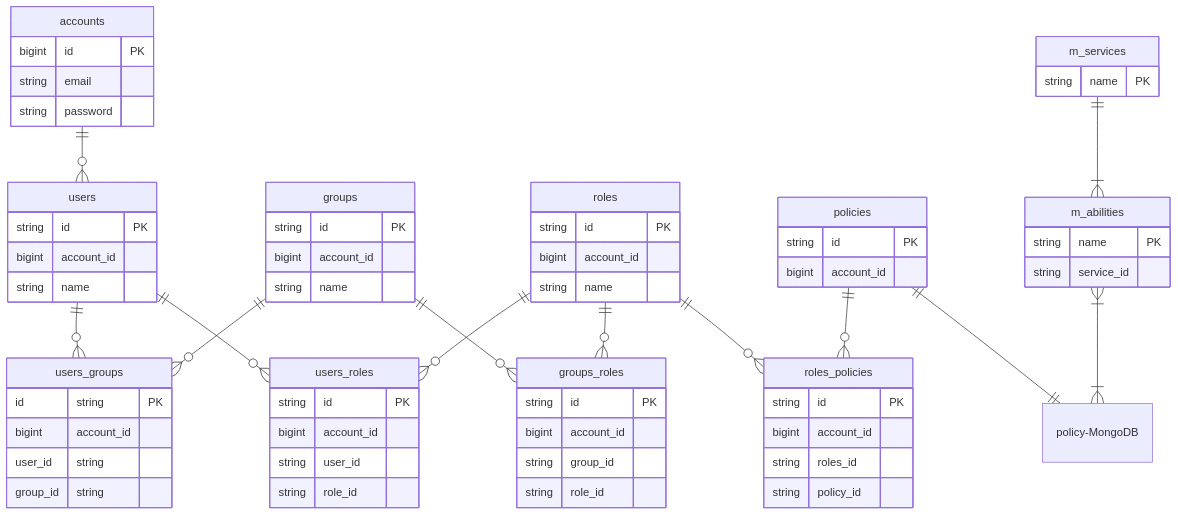
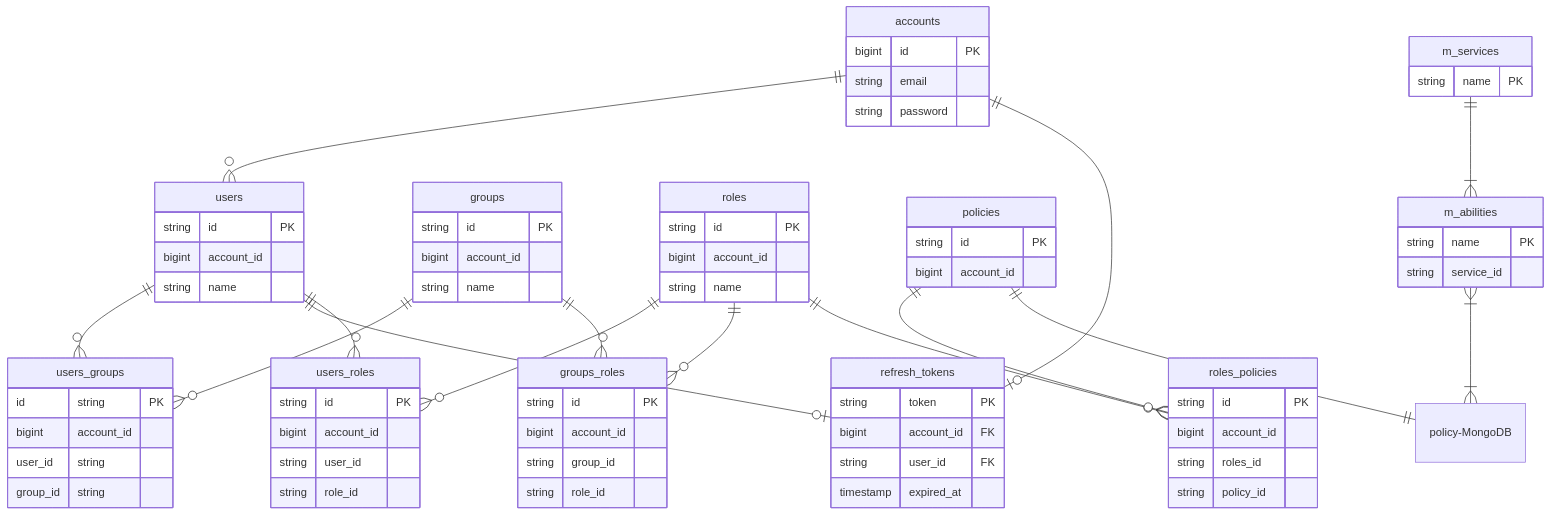
One commit to old-home/lcl changed the diagram in docs/er-diagram.md. Above: the diagram before and after it, drawn with Mermaid. The commit also changed 2 other files, not shown here.

Commit message:
docs: Add auth apis documentation.

```diff
--- a/docs/er-diagram.md
+++ b/docs/er-diagram.md
@@ -15,7 +15,14 @@
     bigint account_id
     string name
   }
-  
+
+  refresh_tokens {
+    string token PK
+    bigint account_id FK
+    string user_id FK
+    timestamp expired_at
+  }
+
   users_groups {
     id string PK
     bigint account_id
@@ -74,6 +81,8 @@
   
   accounts ||--o{ users : ""
   users ||--o{ users_groups : ""
+  accounts ||--o| refresh_tokens : ""
+  users ||--o| refresh_tokens: ""
   groups ||--o{ users_groups : ""
   users ||--o{ users_roles: ""
   roles ||--o{ users_roles: ""
```
